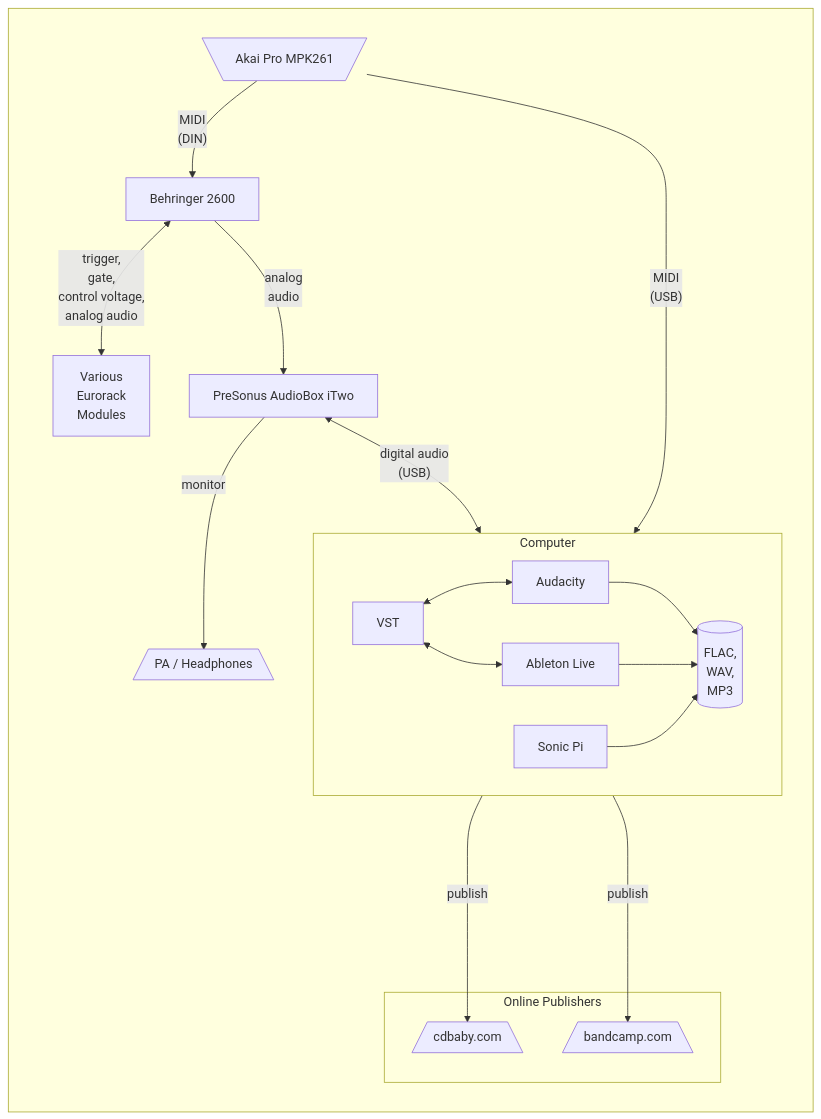
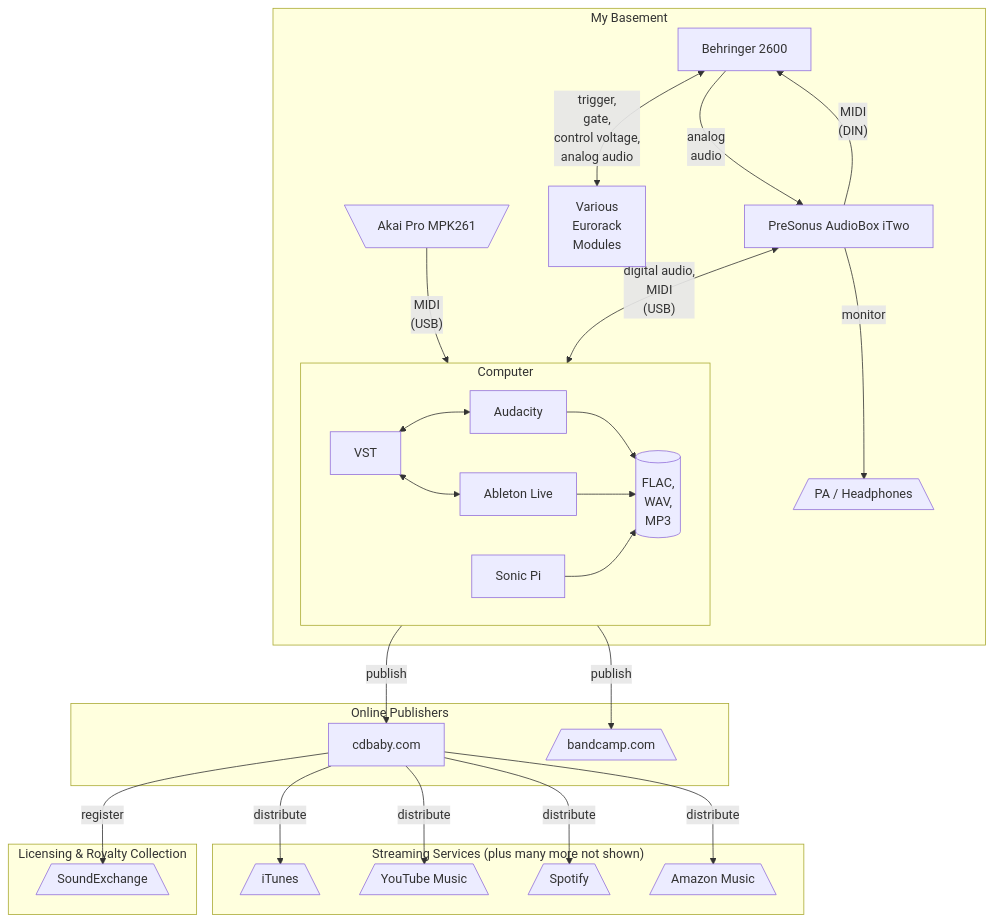
One commit to parasaurolophus/rader.us changed the diagram in src/music/today.md. Above: the diagram before and after it, drawn with Mermaid. The commit also changed other lines of this file and 8 other files, not shown here.

````diff
--- a/src/music/today.md
+++ b/src/music/today.md
@@ -8,40 +8,57 @@
 ```mermaid
-graph LR
+graph TB
 
-    subgraph "&nbsp;"
+        subgraph "My Basement"
 
-        keyboard[\"Akai Pro MPK261"/]
-        b2600["Behringer 2600"]
+            keyboard[\"Akai Pro MPK261"/]
+            b2600["Behringer 2600"]
 
-        eurorack["Various\nEurorack\nModules"]
+            eurorack["Various\nEurorack\nModules"]
 
-        adc["PreSonus AudioBox iTwo"]
+            adc["PreSonus AudioBox iTwo"]
 
-        subgraph computer["Computer"]
-            audacity["Audacity"]
-            ableton["Ableton Live"]
-            sonicpi["Sonic Pi"]
-            plugins["VST"]
-            flac[("FLAC,\nWAV,\nMP3")]
-            plugins <--> audacity --> flac
-            plugins <--> ableton --> flac
-            sonicpi --> flac
+            subgraph computer["Computer"]
+                audacity["Audacity"]
+                ableton["Ableton Live"]
+                sonicpi["Sonic Pi"]
+                plugins["VST"]
+                flac[("FLAC,\nWAV,\nMP3")]
+                plugins <--> audacity --> flac
+                plugins <--> ableton --> flac
+                sonicpi --> flac
+            end
+
+            monitor[/"PA / Headphones"\]
+
         end
 
-        monitor[/"PA / Headphones"\]
-
         subgraph cloud["Online Publishers"]
-            cdbaby[/"cdbaby.com"\]
+            cdbaby["cdbaby.com"]
             bandcamp[/"bandcamp.com"\]
         end
 
-        keyboard -- "MIDI\n(DIN)" --> b2600
+        subgraph "Streaming Services (plus many more not shown)"
+            itunes[/"iTunes"\]
+            youtube[/"YouTube Music"\]
+            spotify[/"Spotify"\]
+            amazon[/"Amazon Music"\]
+        end
+
+        subgraph "Licensing & Royalty Collection"
+            soundexchange[/"SoundExchange"\]
+        end
+
+        adc -- "MIDI\n(DIN)" --> b2600
         keyboard -- "MIDI\n(USB)" --> computer
         b2600 <-- "trigger,\ngate,\ncontrol voltage,\nanalog audio" --> eurorack
         b2600 -- "analog\naudio" --> adc
-        adc <-- "digital audio\n(USB)" --> computer
+        adc <-- "digital audio,\nMIDI\n(USB)" --> computer
         adc -- "monitor" --> monitor
-        computer -- "publish" ----> cdbaby
-        computer -- "publish" ----> bandcamp
-    end
+        computer -- "publish" --> cdbaby
+        computer -- "publish" --> bandcamp
+        cdbaby -- "distribute" --> itunes
+        cdbaby -- "distribute" --> youtube
+        cdbaby -- "distribute" --> spotify
+        cdbaby -- "distribute" --> amazon
+        cdbaby -- "register" --> soundexchange
 ```
````
